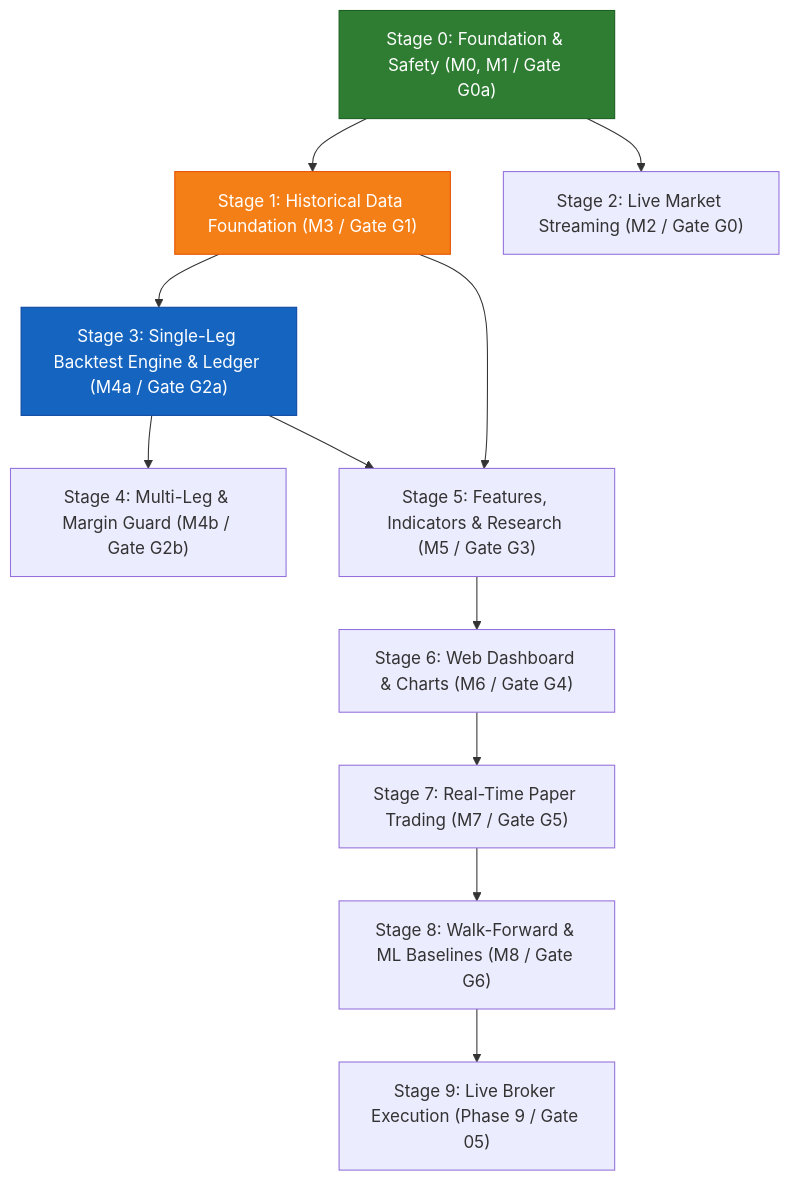
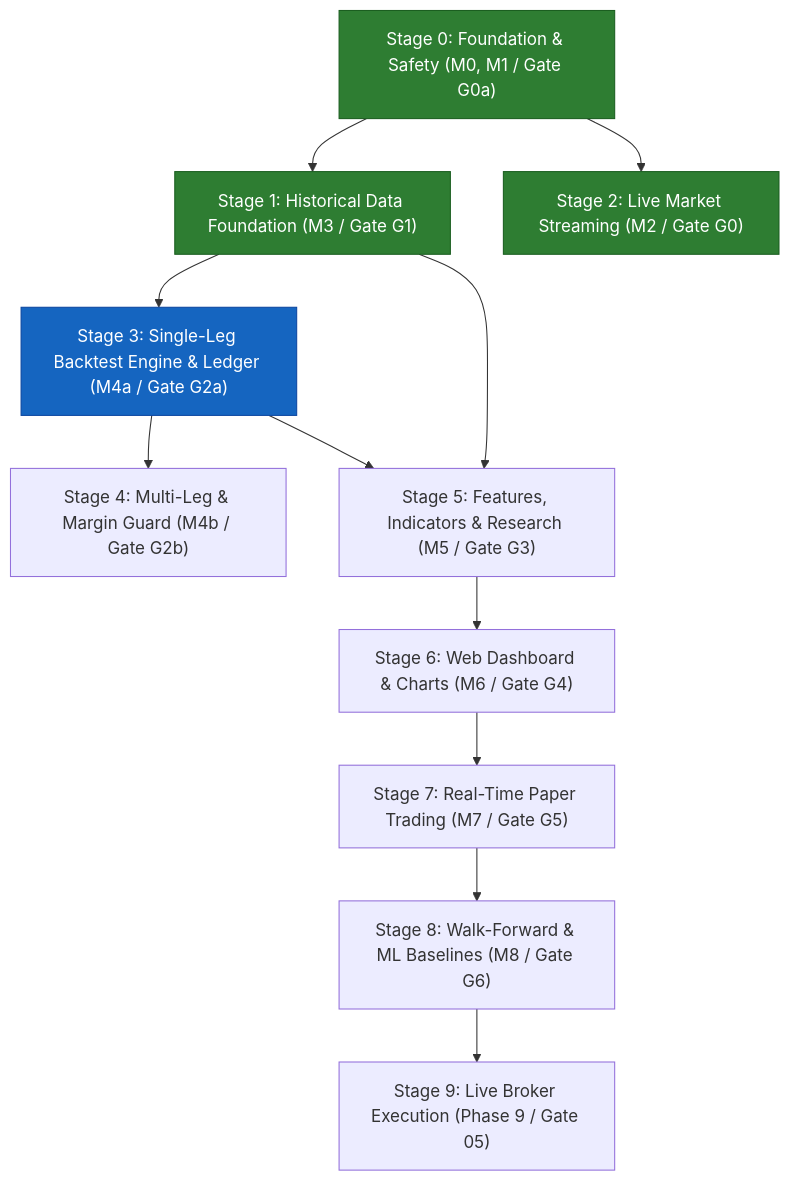
One commit to AaryTadwalkar/QuantView changed the diagram in DOCS/SIMPLIFIED_IMPLEMENTATION_PLAN.md. Above: the diagram before and after it, drawn with Mermaid. The commit also changed other lines of this file and 67 other files, not shown here.

````diff
--- a/DOCS/SIMPLIFIED_IMPLEMENTATION_PLAN.md
+++ b/DOCS/SIMPLIFIED_IMPLEMENTATION_PLAN.md
@@ -49,17 +54,18 @@
 ```mermaid
 flowchart TD
     S0["Stage 0: Foundation & Safety (M0, M1 / Gate G0a)"] --> S1["Stage 1: Historical Data Foundation (M3 / Gate G1)"]
     S0 --> S2["Stage 2: Live Market Streaming (M2 / Gate G0)"]
     S1 --> S3["Stage 3: Single-Leg Backtest Engine & Ledger (M4a / Gate G2a)"]
     S3 --> S4["Stage 4: Multi-Leg & Margin Guard (M4b / Gate G2b)"]
     S1 --> S5["Stage 5: Features, Indicators & Research (M5 / Gate G3)"]
     S3 --> S5
     S5 --> S6["Stage 6: Web Dashboard & Charts (M6 / Gate G4)"]
     S6 --> S7["Stage 7: Real-Time Paper Trading (M7 / Gate G5)"]
     S7 --> S8["Stage 8: Walk-Forward & ML Baselines (M8 / Gate G6)"]
     S8 --> S9["Stage 9: Live Broker Execution (Phase 9 / Gate 05)"]
 
     style S0 fill:#2e7d32,color:#fff,stroke:#1b5e20
-    style S1 fill:#f57f17,color:#fff,stroke:#e65100
+    style S1 fill:#2e7d32,color:#fff,stroke:#1b5e20
+    style S2 fill:#2e7d32,color:#fff,stroke:#1b5e20
     style S3 fill:#1565c0,color:#fff,stroke:#0d47a1
 ```
````
